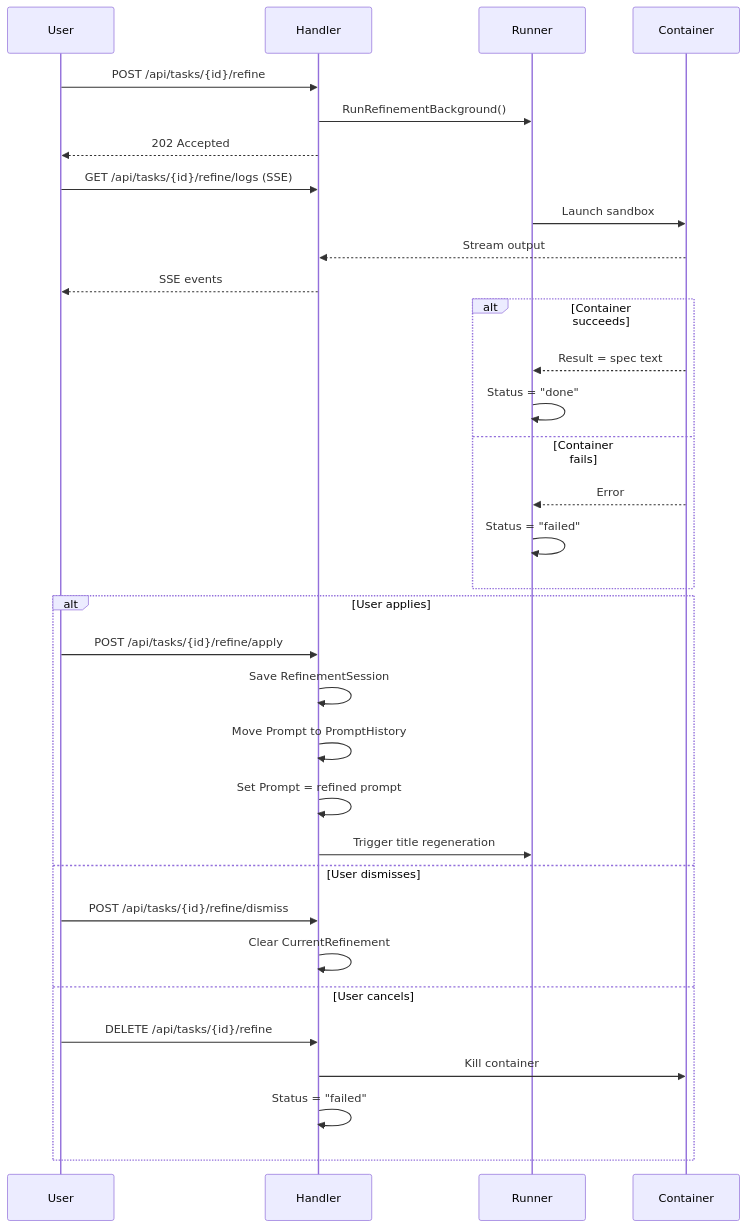
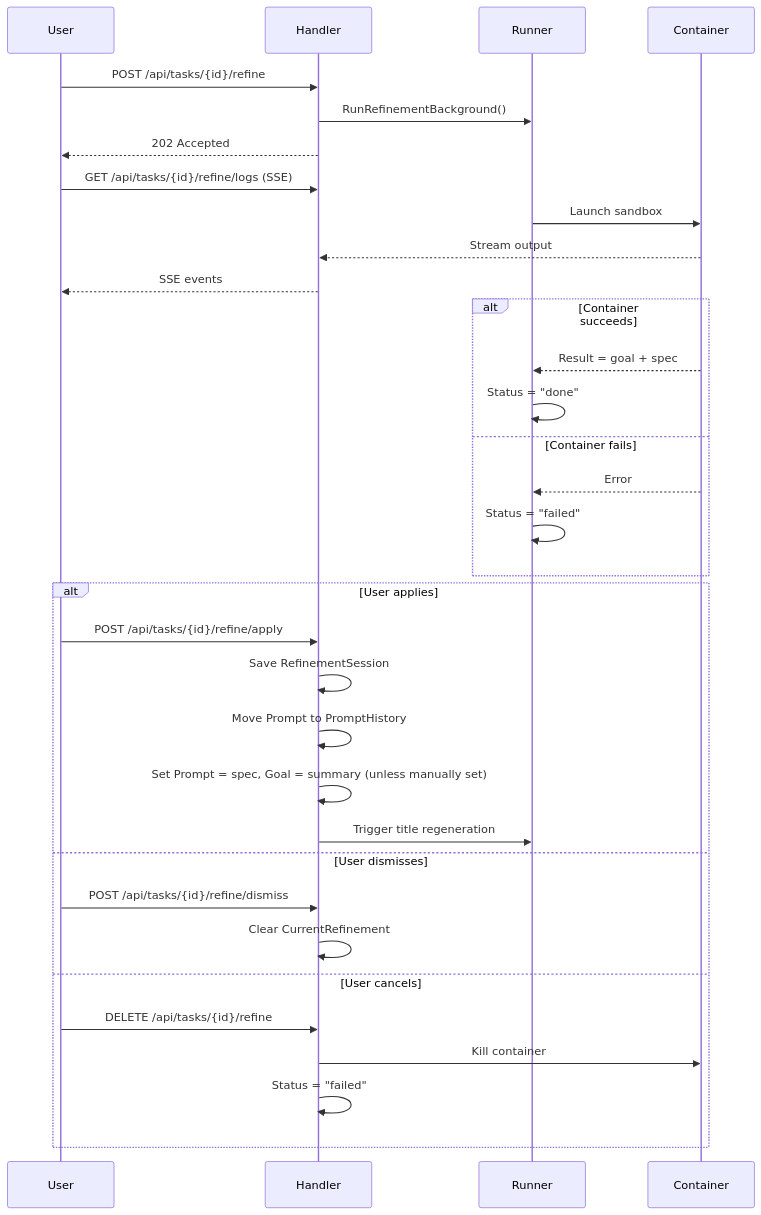
One commit to changkun/wallfacer changed the second of 3 diagrams in docs/internals/task-lifecycle.md. Above: the diagram before and after it, drawn with Mermaid. The commit also changed other lines of this file and 5 other files, not shown here.

````diff
--- a/docs/internals/task-lifecycle.md
+++ b/docs/internals/task-lifecycle.md
@@ -164,39 +164,39 @@
 ```mermaid
 sequenceDiagram
     participant User
     participant Handler
     participant Runner
     participant Container
 
     User->>Handler: POST /api/tasks/{id}/refine
     Handler->>Runner: RunRefinementBackground()
     Handler-->>User: 202 Accepted
 
     User->>Handler: GET /api/tasks/{id}/refine/logs (SSE)
     Runner->>Container: Launch sandbox
     Container-->>Handler: Stream output
     Handler-->>User: SSE events
 
     alt Container succeeds
-        Container-->>Runner: Result = spec text
+        Container-->>Runner: Result = goal + spec
         Runner->>Runner: Status = "done"
     else Container fails
         Container-->>Runner: Error
         Runner->>Runner: Status = "failed"
     end
 
     alt User applies
         User->>Handler: POST /api/tasks/{id}/refine/apply
         Handler->>Handler: Save RefinementSession
         Handler->>Handler: Move Prompt to PromptHistory
-        Handler->>Handler: Set Prompt = refined prompt
+        Handler->>Handler: Set Prompt = spec, Goal = summary (unless manually set)
         Handler->>Runner: Trigger title regeneration
     else User dismisses
         User->>Handler: POST /api/tasks/{id}/refine/dismiss
         Handler->>Handler: Clear CurrentRefinement
     else User cancels
         User->>Handler: DELETE /api/tasks/{id}/refine
         Handler->>Container: Kill container
         Handler->>Handler: Status = "failed"
     end
 ```
````
